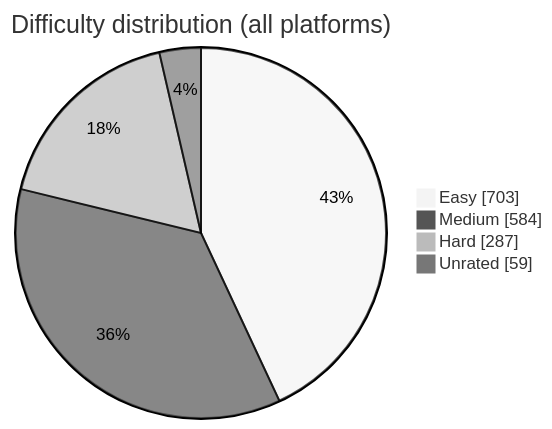
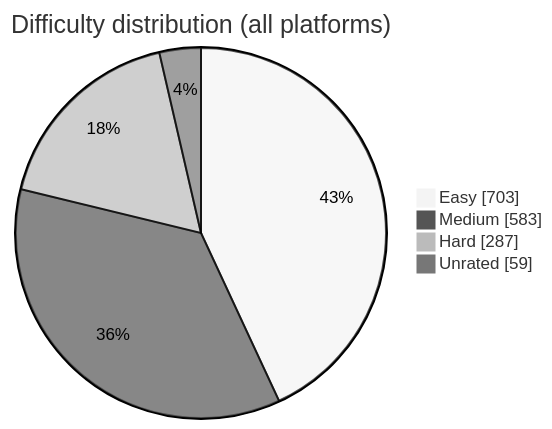
One commit to BuildbyArindam/Daily-Coding-Log changed the diagram in README.md. Above: the diagram before and after it, drawn with Mermaid (neutral theme). The commit also changed other lines of this file, not shown here.

````diff
--- a/README.md
+++ b/README.md
@@ -93,7 +93,7 @@
 ```mermaid
 pie showData title Difficulty distribution (all platforms)
     "Easy" : 703
-    "Medium" : 584
+    "Medium" : 583
     "Hard" : 287
     "Unrated" : 59
 ```
````
